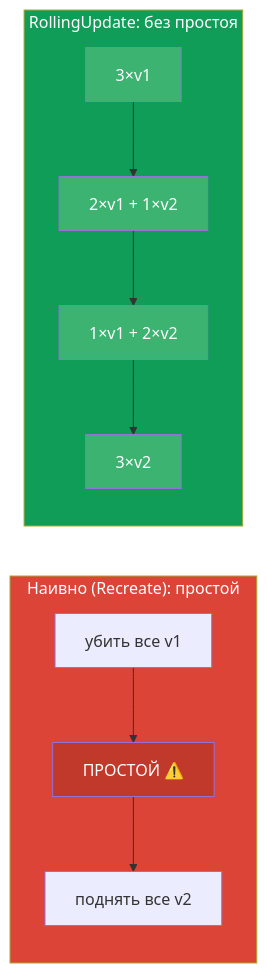
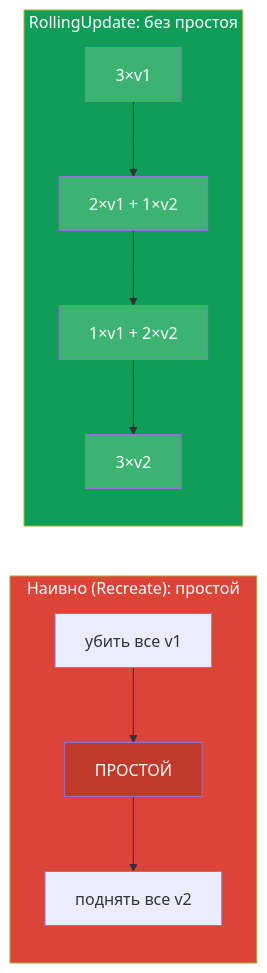
Before and after one commit to ViktorUJ/cks: the first of 6 diagrams in tasks/cka/course/08/ru.md, drawn with Mermaid. The commit also changed other lines of this file and 1 other file, not shown here.

````diff
--- a/tasks/cka/course/08/ru.md
+++ b/tasks/cka/course/08/ru.md
@@ -17,18 +17,18 @@
 ```mermaid
 flowchart LR
     subgraph Bad["Наивно (Recreate): простой"]
         direction TB
-        b1["убить все v1"] --> b2["ПРОСТОЙ ⚠️"] --> b3["поднять все v2"]
+        b1["убить все v1"] --> b2["ПРОСТОЙ"] --> b3["поднять все v2"]
     end
     subgraph Good["RollingUpdate: без простоя"]
         direction TB
         g1["3×v1"] --> g2["2×v1 + 1×v2"] --> g3["1×v1 + 2×v2"] --> g4["3×v2"]
     end
     style Bad fill:#db4437,color:#fff
     style Good fill:#0f9d58,color:#fff
     style b2 fill:#c0392b,color:#fff
     style g1 fill:#3cb371,color:#fff
     style g2 fill:#3cb371,color:#fff
     style g3 fill:#3cb371,color:#fff
     style g4 fill:#3cb371,color:#fff
 ```
````
